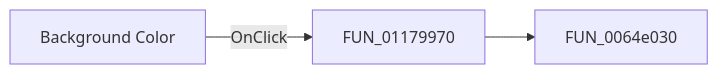
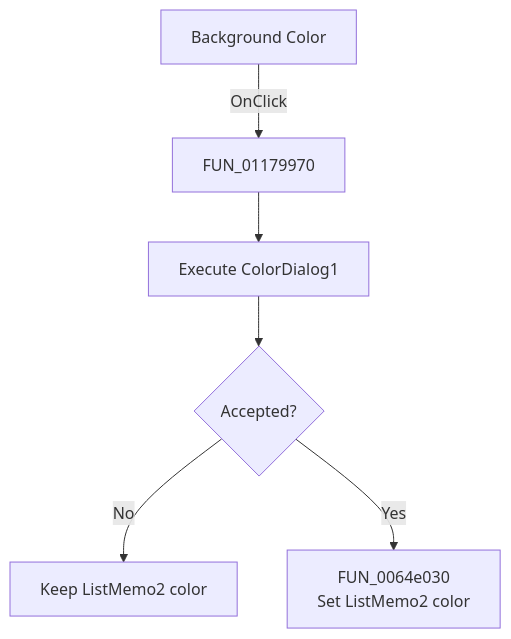
Before and after one commit to MovGP0/TIARA: the diagram in docs/ui-controls/response-form1/backcolor5-356e124605.md, drawn with Mermaid. The commit also changed other lines of this file and 1062 other files, not shown here.

````diff
--- a/docs/ui-controls/response-form1/backcolor5-356e124605.md
+++ b/docs/ui-controls/response-form1/backcolor5-356e124605.md
@@ -27,5 +27,8 @@
 ```mermaid
-flowchart LR
+flowchart TD
     control["Background Color"] -->|OnClick| handler["FUN_01179970"]
-    handler --> call1["FUN_0064e030"]
+    handler --> dialog["Execute ColorDialog1"]
+    dialog --> accepted{"Accepted?"}
+    accepted -->|No| keep["Keep ListMemo2 color"]
+    accepted -->|Yes| apply["FUN_0064e030<br/>Set ListMemo2 color"]
 ```
````
